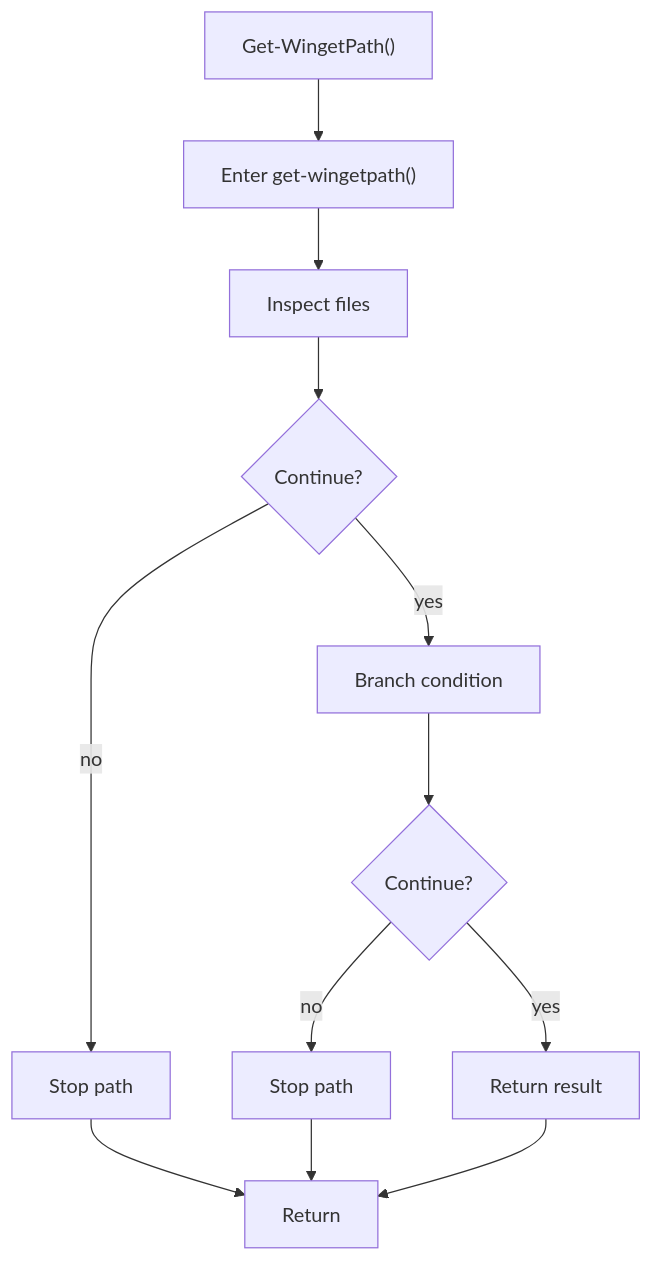
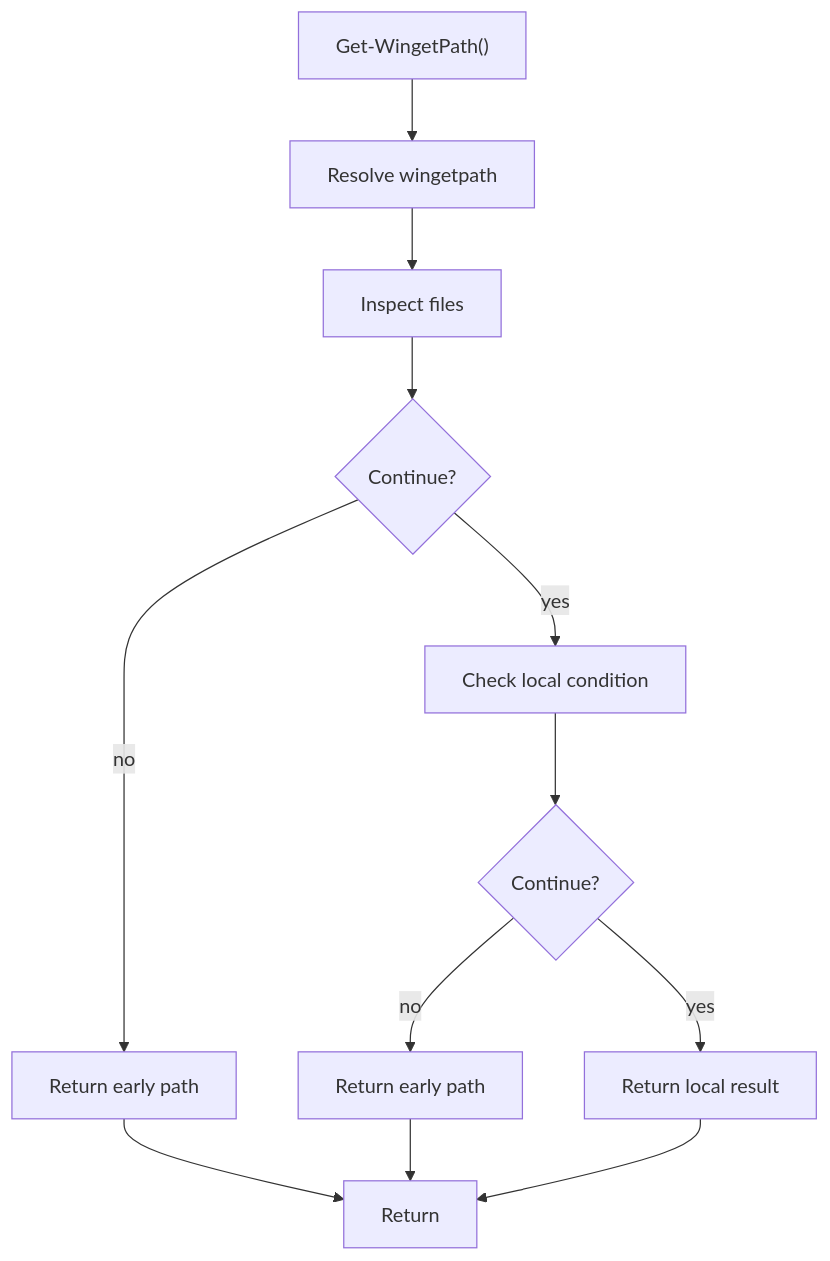
Before and after one commit to JohnAndrewBalbarosa/NeoTerritory: the diagram in docs/Codebase/Infrastructure/session-orchestration/bootstrap_and_deploy/functions/get_wingetpath.ps1.md, drawn with Mermaid. The commit also changed other lines of this file and 925 other files, not shown here.

````diff
--- a/docs/Codebase/Infrastructure/session-orchestration/bootstrap_and_deploy/functions/get_wingetpath.ps1.md
+++ b/docs/Codebase/Infrastructure/session-orchestration/bootstrap_and_deploy/functions/get_wingetpath.ps1.md
@@ -18,24 +18,24 @@
 ```mermaid
 flowchart TD
     Start["Get-WingetPath()"]
-    N0["Enter get-wingetpath()"]
+    N0["Resolve wingetpath"]
     N1["Inspect files"]
     D1{"Continue?"}
-    R1["Stop path"]
-    N2["Branch condition"]
+    R1["Return early path"]
+    N2["Check local condition"]
     D2{"Continue?"}
-    R2["Stop path"]
-    N3["Return result"]
+    R2["Return early path"]
+    N3["Return local result"]
     End["Return"]
     Start --> N0
     N0 --> N1
     N1 --> D1
     D1 -->|yes| N2
     D1 -->|no| R1
     R1 --> End
     N2 --> D2
     D2 -->|yes| N3
     D2 -->|no| R2
     R2 --> End
     N3 --> End
 ```
````
